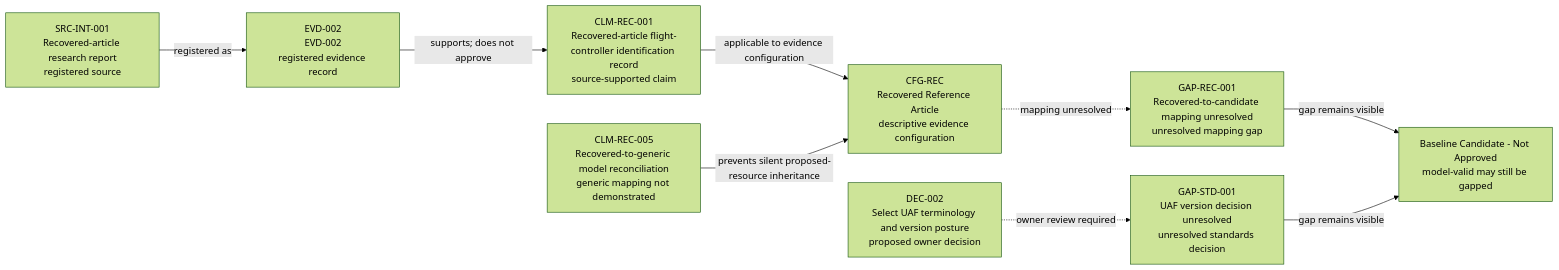
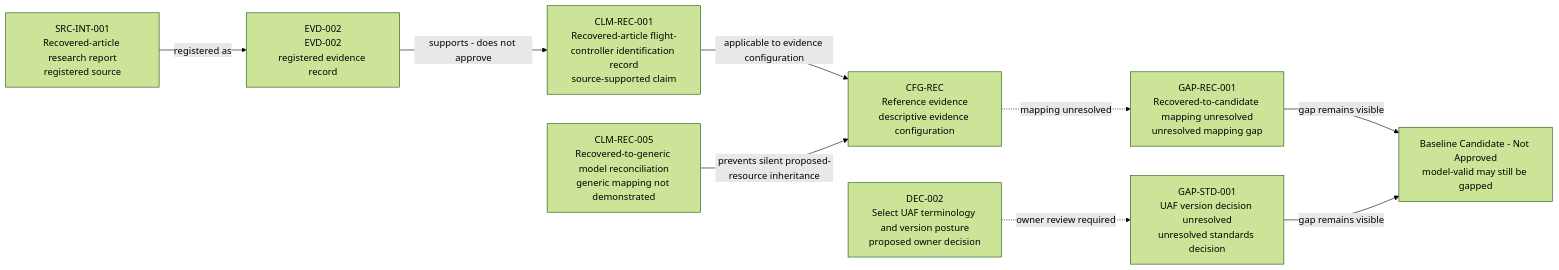
Diagram 17 of 17 in reports/architecture-views.md (noahstephenson/low-cost-relay-uas), drawn with Mermaid (forest theme) before and after one commit. The commit also changed other lines of this file and 4 other files, not shown here.

Commit message:
Improve Mermaid rendering and validation

````diff
--- a/reports/architecture-views.md
+++ b/reports/architecture-views.md
@@ -428,21 +429,21 @@
 ```mermaid
 flowchart LR
-    %% Configuration scope: Project governance; CFG-REC evidence semantics; all configurations remain not approved
+    %% Configuration scope: Project governance - CFG-REC evidence semantics - all configurations remain not approved
     SRC_INT_001["SRC-INT-001<br/>Recovered-article research report<br/>registered source"]
     EVD_002["EVD-002<br/>EVD-002<br/>registered evidence record"]
     CLM_REC_001["CLM-REC-001<br/>Recovered-article flight-controller identification record<br/>source-supported claim"]
-    CFG_REC["CFG-REC<br/>Recovered Reference Article<br/>descriptive evidence configuration"]
+    CFG_REC["CFG-REC<br/>Reference evidence<br/>descriptive evidence configuration"]
     CLM_REC_005["CLM-REC-005<br/>Recovered-to-generic model reconciliation<br/>generic mapping not demonstrated"]
     GAP_REC_001["GAP-REC-001<br/>Recovered-to-candidate mapping unresolved<br/>unresolved mapping gap"]
     DEC_002["DEC-002<br/>Select UAF terminology and version posture<br/>proposed owner decision"]
     GAP_STD_001["GAP-STD-001<br/>UAF version decision unresolved<br/>unresolved standards decision"]
     BASELINE["Baseline Candidate - Not Approved<br/>model-valid may still be gapped"]
     SRC_INT_001 -->|"registered as"| EVD_002
-    EVD_002 -->|"supports; does not approve"| CLM_REC_001
+    EVD_002 -->|"supports - does not approve"| CLM_REC_001
     CLM_REC_001 -->|"applicable to evidence configuration"| CFG_REC
     CLM_REC_005 -->|"prevents silent proposed-resource inheritance"| CFG_REC
     CFG_REC -.->|"mapping unresolved"| GAP_REC_001
     DEC_002 -.->|"owner review required"| GAP_STD_001
     GAP_REC_001 -->|"gap remains visible"| BASELINE
     GAP_STD_001 -->|"gap remains visible"| BASELINE
 ```
````
